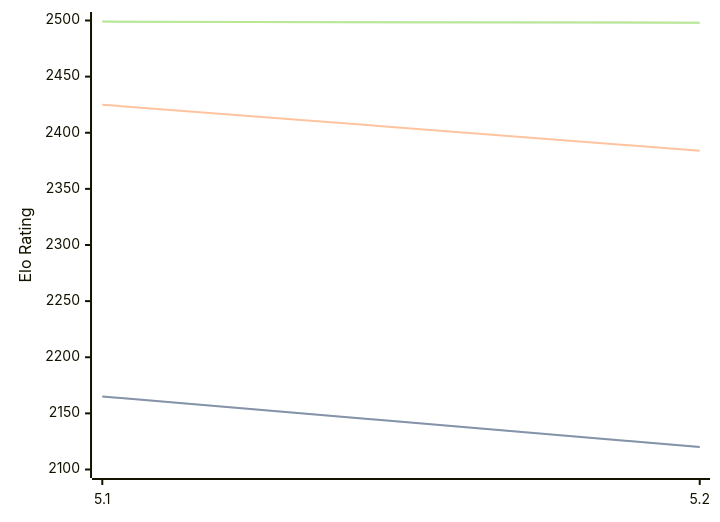
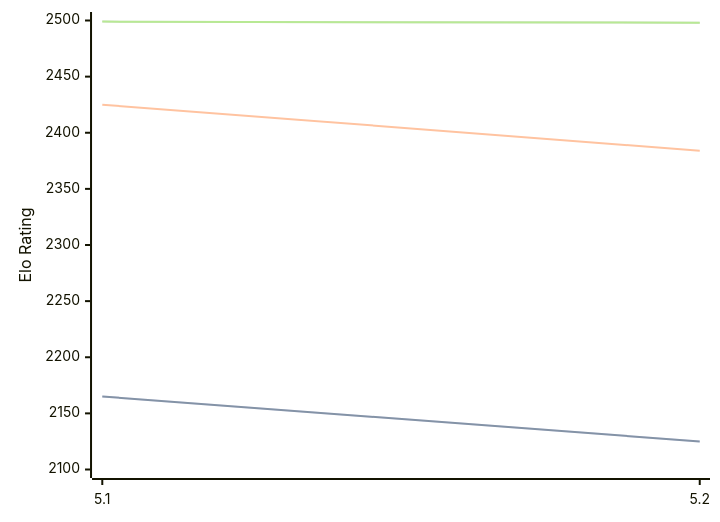
One commit to computer-chess-index/cci changed the diagram in engines/Prophet.md. Above: the diagram before and after it, drawn with Mermaid. The commit also changed other lines of this file, not shown here.

````diff
--- a/engines/Prophet.md
+++ b/engines/Prophet.md
@@ -32,11 +32,11 @@
 ```mermaid
 %%{init: {"theme":"base","themeVariables":{"seriesColors:['#a3a3a3','#222221','#faa371']}}}%%
 xychart-beta
   x-axis ["5.1", "5.2"]
   y-axis "Elo Rating" 2100 --> 2500
-  line "" [2165, 2120]
-  line "STC (8.0+0.08s)" [2165, 2120]
+  line "" [2165, 2125]
+  line "STC (8.0+0.08s)" [2165, 2125]
   line "LTC (60.0+0.60s)" [2425, 2384]
   line "" [2499, 2498]
   line "VLTC (2m24s+1.12s)" [2499, 2498]
 ```
````
